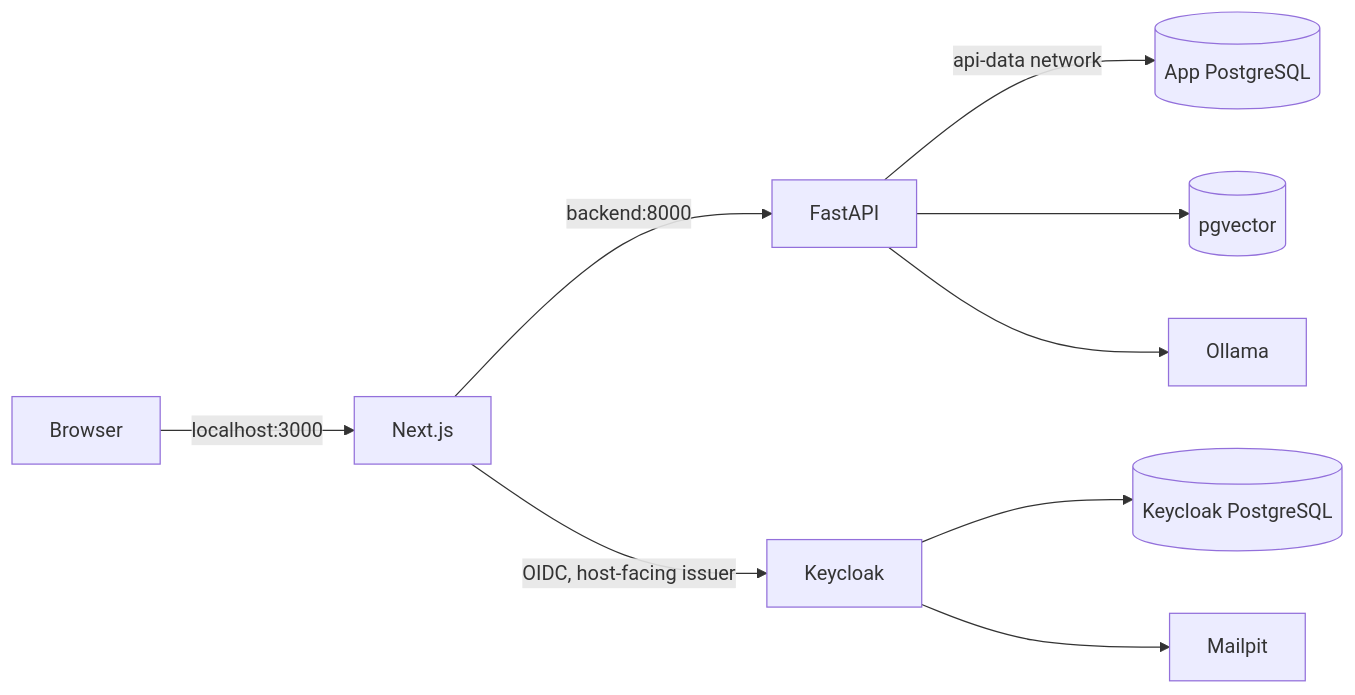
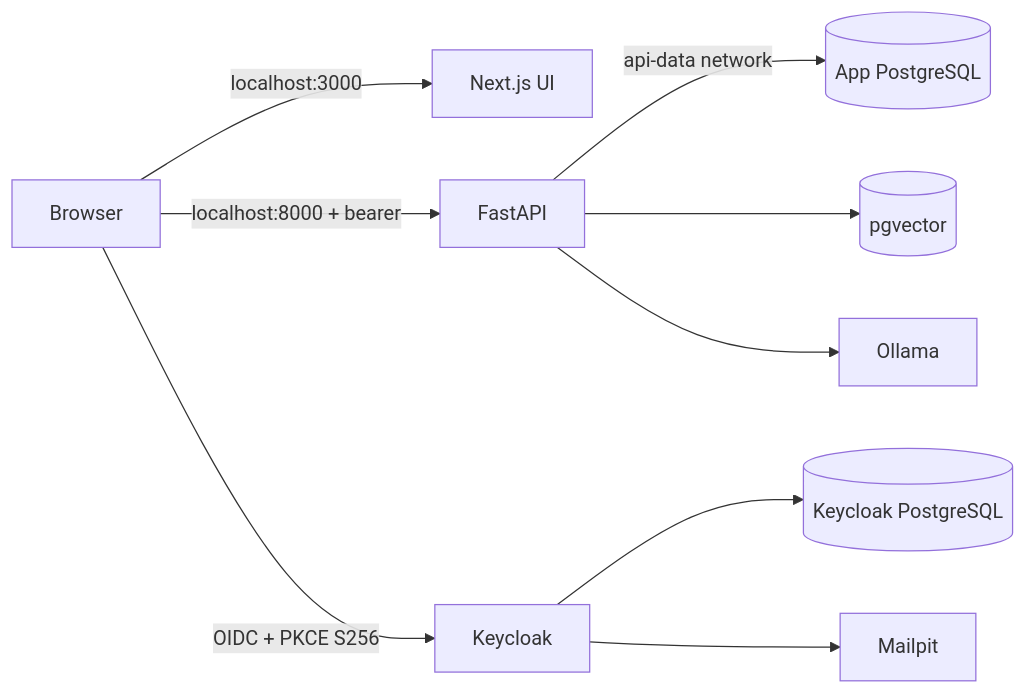
Before and after one commit to Raghav1005/AI-Document-Intelligence: the first of 4 diagrams in docs/ENGINEERING_KNOWLEDGE_BASE.md, drawn with Mermaid. The commit also changed other lines of this file and 31 other files, not shown here.

````diff
--- a/docs/ENGINEERING_KNOWLEDGE_BASE.md
+++ b/docs/ENGINEERING_KNOWLEDGE_BASE.md
@@ -9,11 +9,11 @@
 ```mermaid
 flowchart LR
-    Browser -->|localhost:3000| Next[Next.js]
-    Next -->|backend:8000| FastAPI
+    Browser -->|localhost:3000| Next[Next.js UI]
+    Browser -->|localhost:8000 + bearer| FastAPI
     FastAPI -->|api-data network| AppDB[(App PostgreSQL)]
     FastAPI --> VectorDB[(pgvector)]
     FastAPI --> Ollama
-    Next -->|OIDC, host-facing issuer| KC[Keycloak]
+    Browser -->|OIDC + PKCE S256| KC[Keycloak]
     KC --> KCDB[(Keycloak PostgreSQL)]
     KC --> Mailpit
 ```
````
